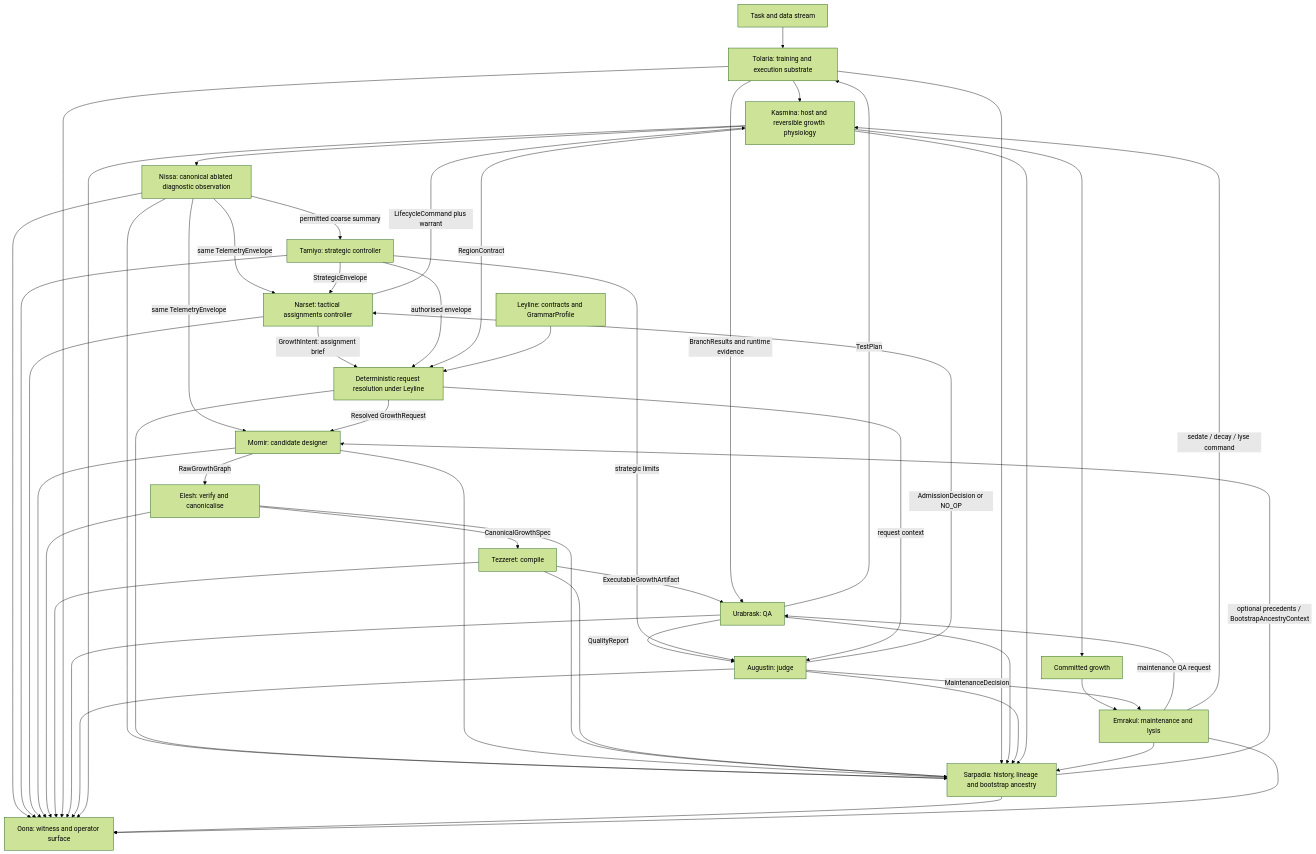
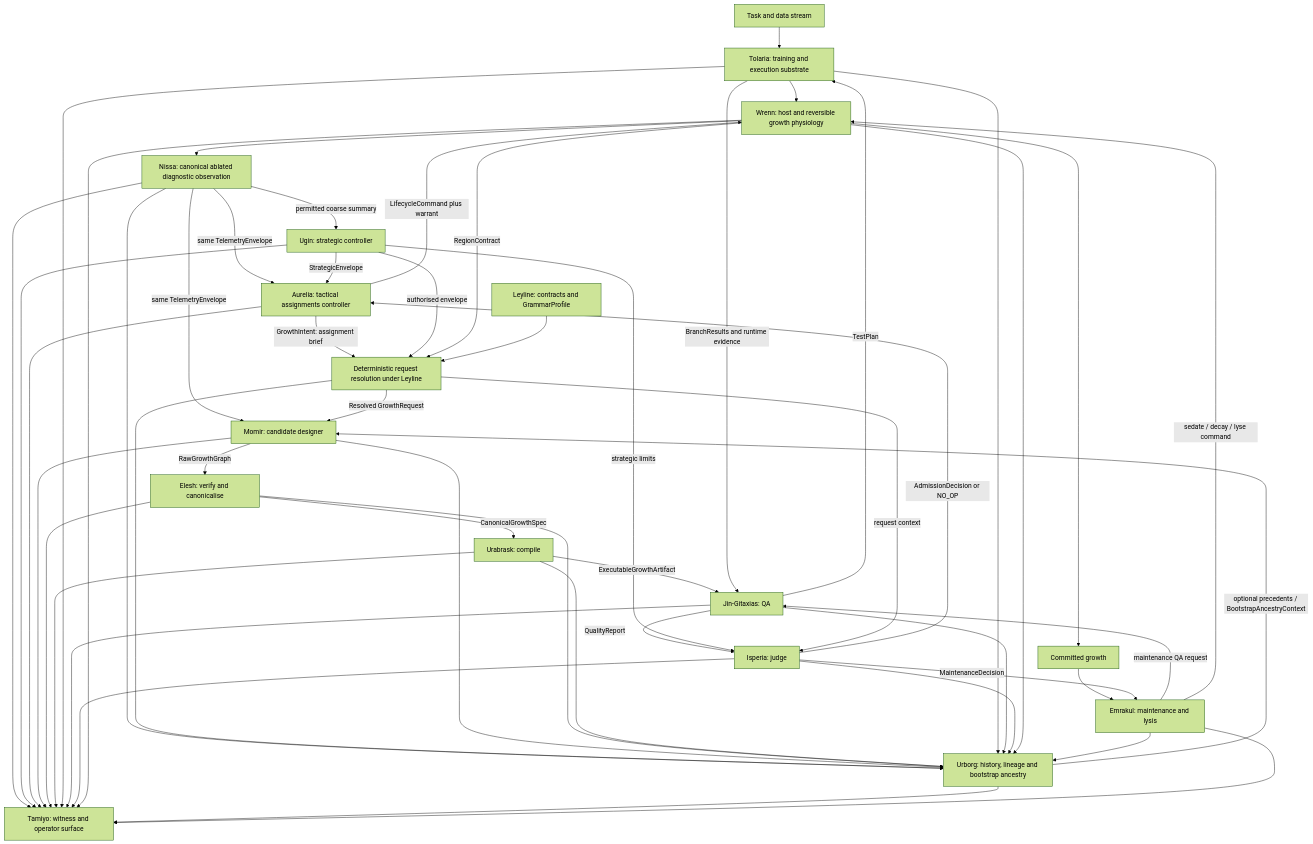
Before and after one commit to foundryside-dev/simic: the diagram in docs/design/04-architecture.md, drawn with Mermaid (forest theme). The commit also changed other lines of this file and 72 other files, not shown here.

````diff
--- a/docs/design/04-architecture.md
+++ b/docs/design/04-architecture.md
@@ -36,61 +36,61 @@
 ```mermaid
 flowchart TD
     DATA[Task and data stream] --> TOL[Tolaria: training and execution substrate]
-    TOL --> K[Kasmina: host and reversible growth physiology]
+    TOL --> K[Wrenn: host and reversible growth physiology]
     K --> N[Nissa: canonical ablated diagnostic observation]
 
-    N -->|permitted coarse summary| TAM[Tamiyo: strategic controller]
-    N -->|same TelemetryEnvelope| NAR[Narset: tactical assignments controller]
+    N -->|permitted coarse summary| TAM[Ugin: strategic controller]
+    N -->|same TelemetryEnvelope| NAR[Aurelia: tactical assignments controller]
     N -->|same TelemetryEnvelope| MOM[Momir: candidate designer]
     TAM -->|StrategicEnvelope| NAR
 
     NAR -->|GrowthIntent: assignment brief| RES[Deterministic request resolution under Leyline]
     TAM -->|authorised envelope| RES
     K -->|RegionContract| RES
     LEY[Leyline: contracts and GrammarProfile] --> RES
     RES -->|Resolved GrowthRequest| MOM
 
-    SAR[Sarpadia: history, lineage and bootstrap ancestry] -->|optional precedents / BootstrapAncestryContext| MOM
+    SAR[Urborg: history, lineage and bootstrap ancestry] -->|optional precedents / BootstrapAncestryContext| MOM
     MOM -->|RawGrowthGraph| EL[Elesh: verify and canonicalise]
-    EL -->|CanonicalGrowthSpec| TEZ[Tezzeret: compile]
-    TEZ -->|ExecutableGrowthArtifact| URA[Urabrask: QA]
+    EL -->|CanonicalGrowthSpec| TEZ[Urabrask: compile]
+    TEZ -->|ExecutableGrowthArtifact| URA[Jin-Gitaxias: QA]
 
     URA -->|TestPlan| TOL
     TOL -->|BranchResults and runtime evidence| URA
-    URA -->|QualityReport| AUG[Augustin: judge]
+    URA -->|QualityReport| AUG[Isperia: judge]
 
     TAM -->|strategic limits| AUG
     RES -->|request context| AUG
     AUG -->|AdmissionDecision or NO_OP| NAR
     NAR -->|LifecycleCommand plus warrant| K
 
     K --> COM[Committed growth]
     COM --> EM[Emrakul: maintenance and lysis]
     EM -->|maintenance QA request| URA
     AUG -->|MaintenanceDecision| EM
     EM -->|sedate / decay / lyse command| K
 
     N --> SAR
     RES --> SAR
     MOM --> SAR
     EL --> SAR
     TEZ --> SAR
     TOL --> SAR
     URA --> SAR
     AUG --> SAR
     K --> SAR
     EM --> SAR
 
-    N --> O[Oona: witness and operator surface]
+    N --> O[Tamiyo: witness and operator surface]
     TAM --> O
     NAR --> O
     MOM --> O
     EL --> O
     TEZ --> O
     TOL --> O
     URA --> O
     AUG --> O
     K --> O
     SAR --> O
     EM --> O
 ```
````
